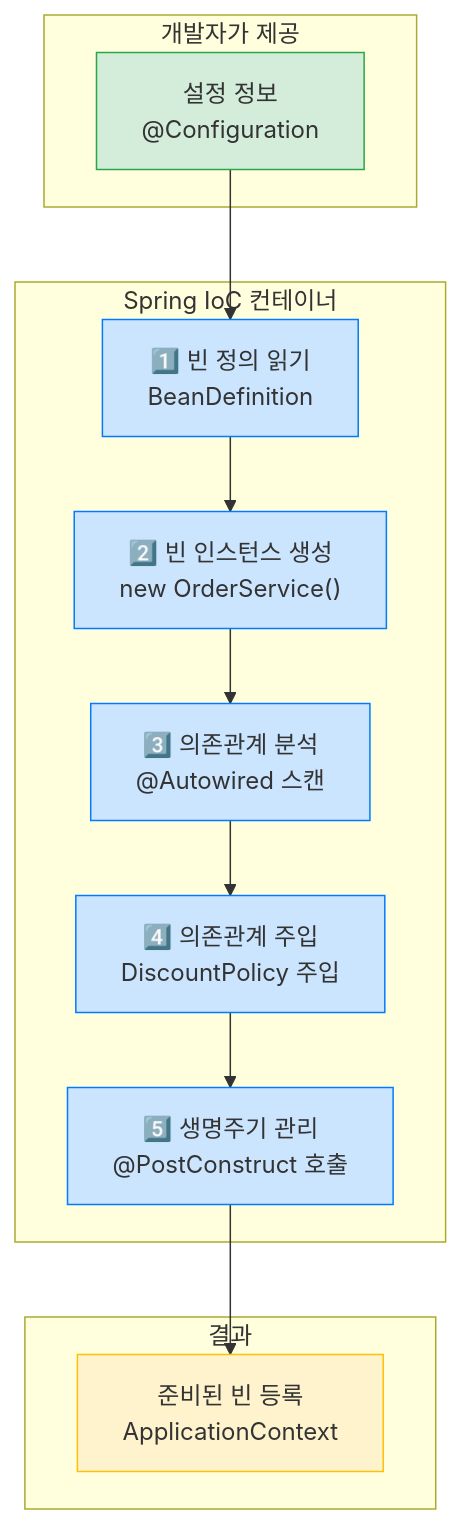
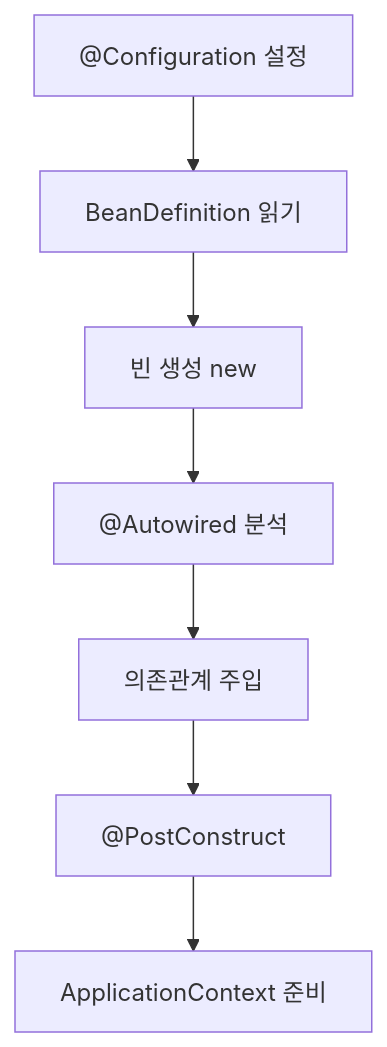
One commit to yjkim2015/yjkim2015.github.io changed the first of 13 diagrams in _posts/spring/2026-05-02-spring-core-basic.md. Above: the diagram before and after it, drawn with Mermaid. The commit also changed other lines of this file and 215 other files, not shown here.

First line of the commit message:
신규 포스트 10개 추가 + Mermaid 전면 축소 + SystemDesign 시리즈 보강

````diff
--- a/_posts/spring/2026-05-02-spring-core-basic.md
+++ b/_posts/spring/2026-05-02-spring-core-basic.md
@@ -83,27 +83,9 @@
 ```mermaid
 graph TD
-    subgraph "개발자가 제공"
-        A["설정 정보\n@Configuration"]
-    end
-
-    subgraph "Spring IoC 컨테이너"
-        B["1️⃣ 빈 정의 읽기\nBeanDefinition"]
-        C["2️⃣ 빈 인스턴스 생성\nnew OrderService()"]
-        D["3️⃣ 의존관계 분석\n@Autowired 스캔"]
-        E["4️⃣ 의존관계 주입\nDiscountPolicy 주입"]
-        F["5️⃣ 생명주기 관리\n@PostConstruct 호출"]
-    end
-
-    subgraph "결과"
-        G["준비된 빈 등록\nApplicationContext"]
-    end
-
-    A --> B --> C --> D --> E --> F --> G
-
-    classDef green fill:#d4edda,stroke:#28a745
-    classDef blue fill:#cce5ff,stroke:#007bff
-    classDef orange fill:#fff3cd,stroke:#ffc107
-    class A green
-    class B,C,D,E,F blue
-    class G orange
+    A["@Configuration 설정"] --> B["BeanDefinition 읽기"]
+    B --> C["빈 생성 new"]
+    C --> D["@Autowired 분석"]
+    D --> E["의존관계 주입"]
+    E --> F["@PostConstruct"]
+    F --> G["ApplicationContext 준비"]
 ```
````
